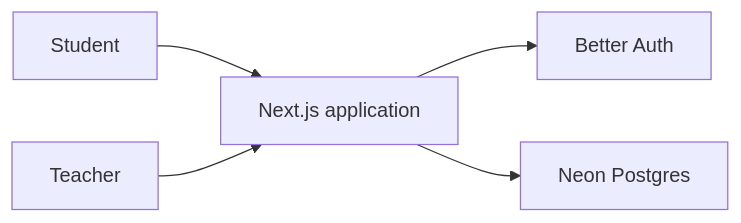
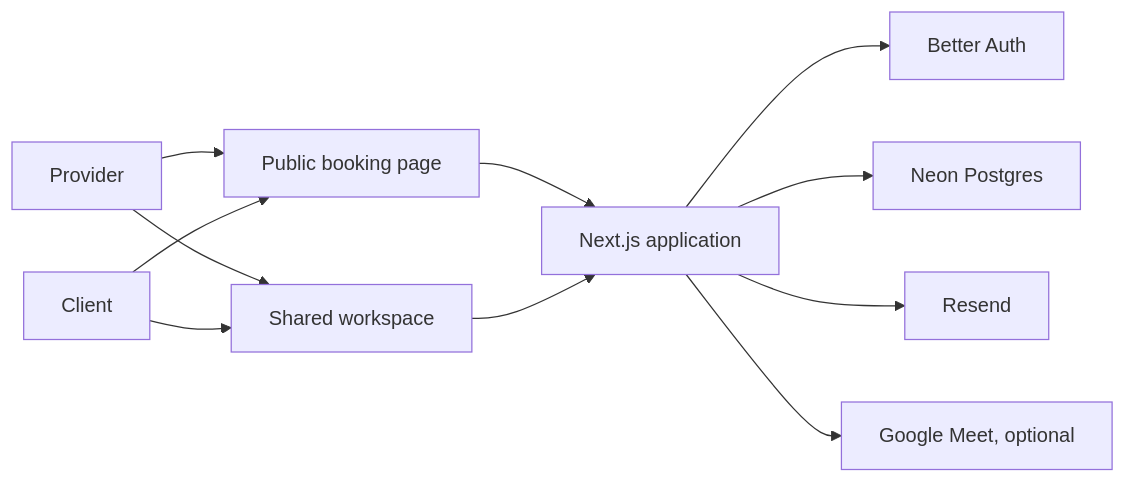
Before and after one commit to Asharp97/Peerslot: the diagram in README.md, drawn with Mermaid. The commit also changed other lines of this file and 42 other files, not shown here.

````diff
--- a/README.md
+++ b/README.md
@@ -105,13 +60,13 @@
 ```mermaid
 flowchart LR
-    Student["Student"]
-    Teacher["Teacher"]
-    App["Next.js application"]
-    Auth["Better Auth"]
-    Database["Neon Postgres"]
-
-    Student --> App
-    Teacher --> App
-    App --> Auth
-    App --> Database
+    Provider[Provider] --> PublicPage[Public booking page]
+    Client[Client] --> PublicPage
+    Provider --> Workspace[Shared workspace]
+    Client --> Workspace
+    PublicPage --> App[Next.js application]
+    Workspace --> App
+    App --> Auth[Better Auth]
+    App --> Database[Neon Postgres]
+    App --> Email[Resend]
+    App --> Meet[Google Meet, optional]
 ```
````
